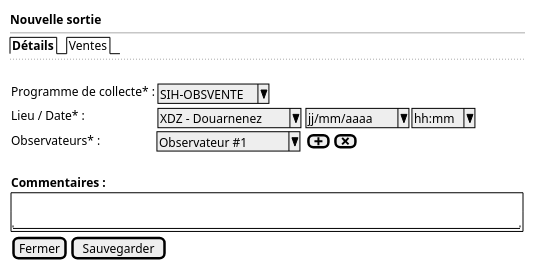
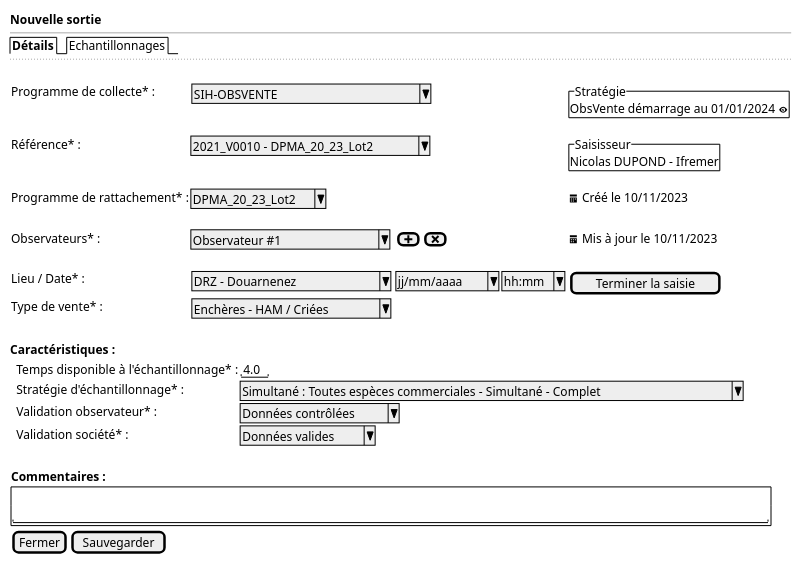
Before and after one commit to sumaris-net/sumaris-doc: the diagram in projects/obsvente/spe/images/observed-location-new.puml, drawn with PlantUML. The commit also changed 12 other files, not shown here.

```diff
--- a/projects/obsvente/spe/images/observed-location-new.puml
+++ b/projects/obsvente/spe/images/observed-location-new.puml
@@ -1,26 +1,46 @@
 @startsalt
 {
   <b>Nouvelle sortie
   --
-  {/ <b>Détails | Ventes }
+  {/ <b>Détails | Echantillonnages }
   ..
   .
   {
 
-      Programme de collecte* :    | { ^SIH-OBSVENTE^ }
-      Lieu / Date* :     | { ^XDZ - Douarnenez^ } | { ^ jj/mm/aaaa^  |  ^ hh:mm^ }
-      Observateurs* :            | ^ Observateur #1 ^ | { [<&plus>] | [<&x>] }
+      Programme de collecte* :    | { ^SIH-OBSVENTE                ^ } | * | {^"Stratégie"
+                                                                                              ObsVente démarrage au 01/01/2024 <&eye> }
+
+      Référence* : | ^2021_V0010 - DPMA_20_23_Lot2^ | * | {^"Saisisseur"
+                                                          Nicolas DUPOND - Ifremer  }
+
+      Programme de rattachement* : | ^DPMA_20_23_Lot2^ | * | <&calendar> Créé le 10/11/2023
+      .
+      Observateurs* :            | ^ Observateur #1        ^ | { [<&plus>] | [<&x>] } | <&calendar> Mis à jour le 10/11/2023
+      .
+      Lieu / Date* :     | { ^DRZ - Douarnenez       ^ } | { ^ jj/mm/aaaa^  |  ^ hh:mm^ } | [Terminer la saisie]
+      Type de vente* :   | { ^Enchères - HAM / Criées^}
       .
   }
+
+  <b>Caractéristiques :
+
+  {
+      . | Temps disponible à l'échantillonnage* :| "4.0"
+      . | Stratégie d'échantillonnage* : | ^Simultané : Toutes espèces commerciales - Simultané - Complet^
+      . | Validation observateur* : | ^Données contrôlées^
+      . | Validation société* : | ^Données valides^
+      . | .
+  }
+
 
   {
      <b>Commentaires :
 
      {+ .
-        "                                                               "
+        "                                                                                              "
      }
   }
 
   { [Fermer] | [Sauvegarder] }
 }
 @endsalt
```
